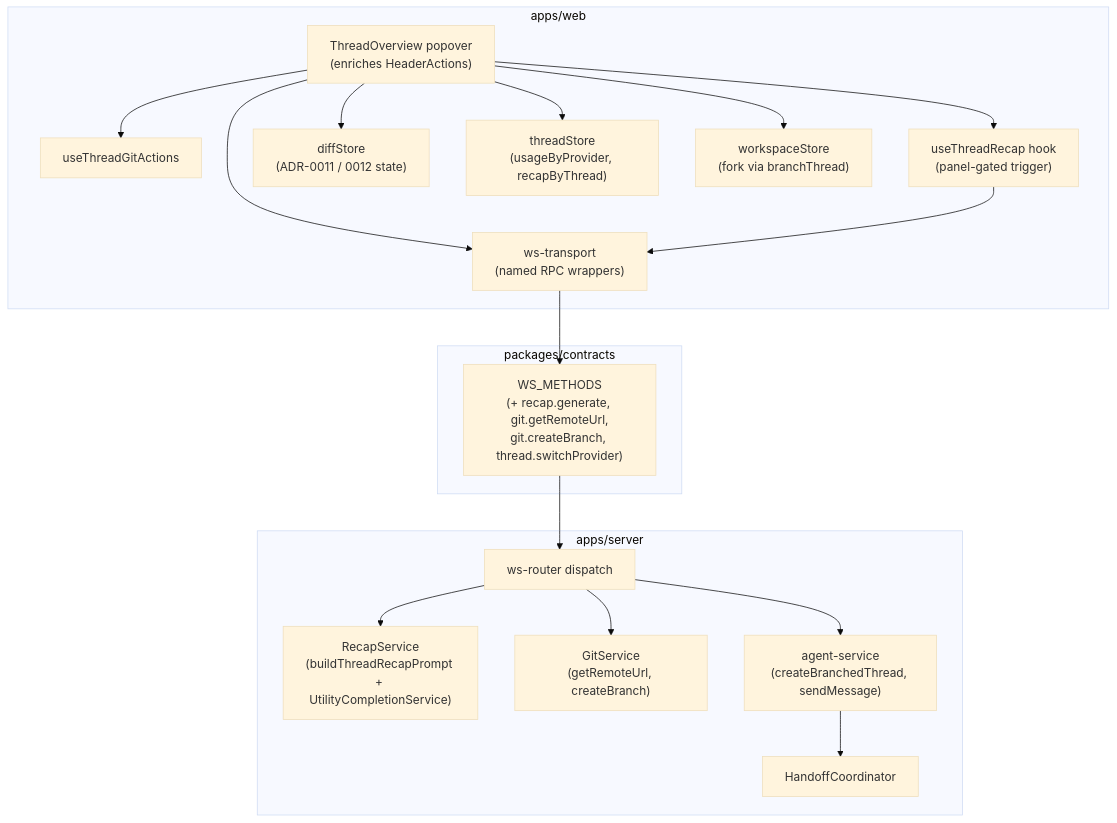
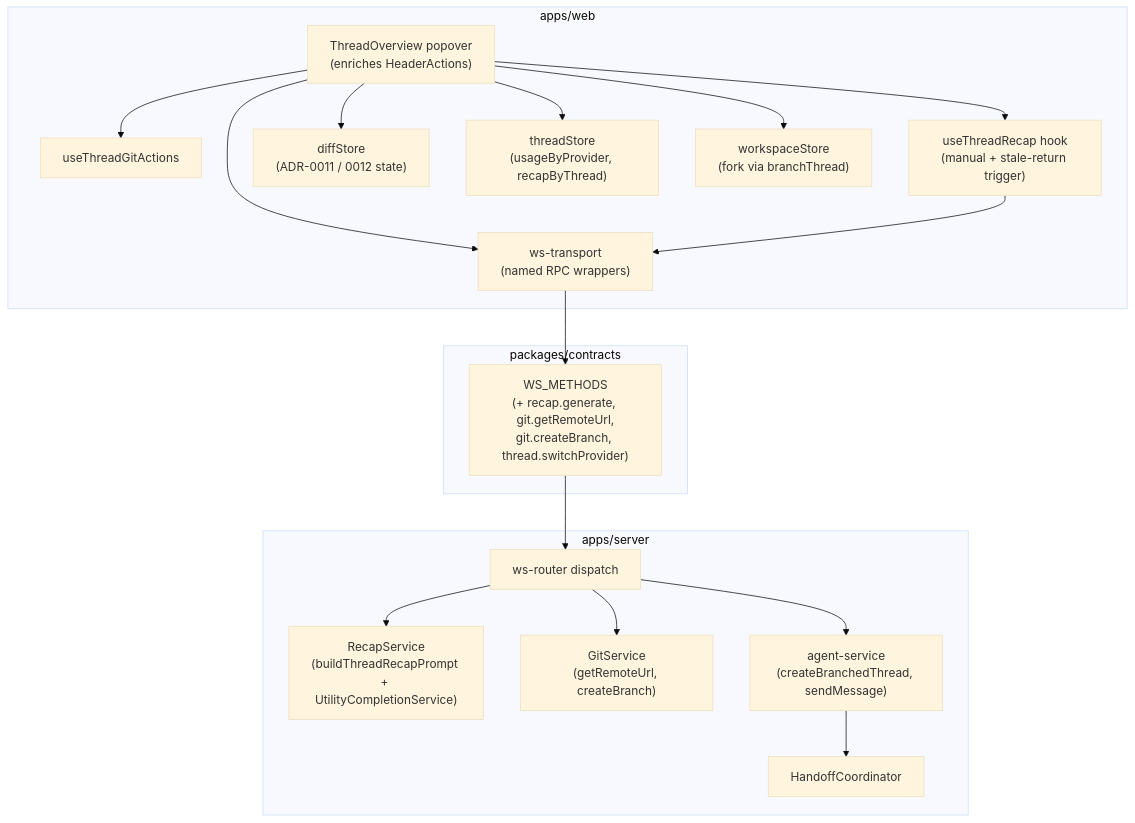
Before and after one commit to Mzeey-Emipre/mcode: the first of 4 diagrams in docs/specs/2026-06-16-thread-overview-design.md, drawn with Mermaid (base theme). The commit also changed other lines of this file and 4 other files, not shown here.

Commit message:
docs: update thread recap behavior

````diff
--- a/docs/specs/2026-06-16-thread-overview-design.md
+++ b/docs/specs/2026-06-16-thread-overview-design.md
@@ -48,29 +48,29 @@
 ```mermaid
 graph TD
     subgraph web["apps/web"]
         TO["ThreadOverview popover<br/>(enriches HeaderActions)"]
         UTGA["useThreadGitActions"]
-        URC["useThreadRecap hook<br/>(panel-gated trigger)"]
+        URC["useThreadRecap hook<br/>(manual + stale-return trigger)"]
         DS["diffStore<br/>(ADR-0011 / 0012 state)"]
         TS["threadStore<br/>(usageByProvider, recapByThread)"]
         WST["workspaceStore<br/>(fork via branchThread)"]
         TR["ws-transport<br/>(named RPC wrappers)"]
     end
     subgraph contracts["packages/contracts"]
         WM["WS_METHODS<br/>(+ recap.generate, git.getRemoteUrl,<br/>git.createBranch, thread.switchProvider)"]
     end
     subgraph server["apps/server"]
         WR["ws-router dispatch"]
         RS["RecapService<br/>(buildThreadRecapPrompt + UtilityCompletionService)"]
         GS["GitService<br/>(getRemoteUrl, createBranch)"]
         AS["agent-service<br/>(createBranchedThread, sendMessage)"]
         HC["HandoffCoordinator"]
     end
 
     TO --> UTGA & URC & DS & TS & WST
     TO --> TR
     URC --> TR
     TR --> WM --> WR
     WR --> RS & GS & AS
     AS --> HC
 ```
````
